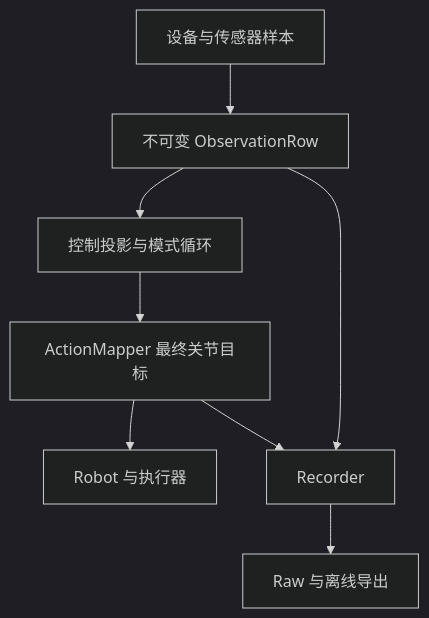
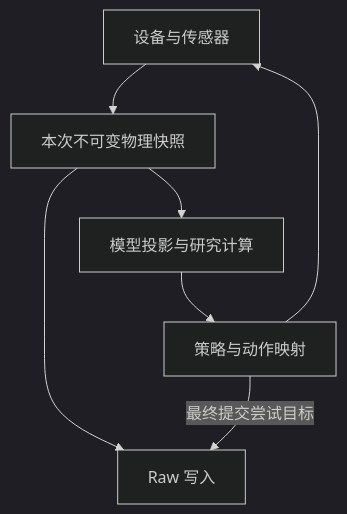
One commit to haoyangzhanglab/dexmani_real changed the diagram in CODEX_TASK.md. Above: the diagram before and after it, drawn with Mermaid (dark theme). The commit also changed other lines of this file, not shown here.

````diff
--- a/CODEX_TASK.md
+++ b/CODEX_TASK.md
@@ -44,10 +42,9 @@
-```mermaid
+~~~mermaid
 flowchart TD
-    S[设备与传感器样本] --> O[不可变 ObservationRow]
-    O --> C[控制投影与模式循环]
-    C --> M[ActionMapper 最终关节目标]
-    M --> E[Robot 与执行器]
-    O --> R[Recorder]
-    M --> R
-    R --> D[Raw 与离线导出]
-```
+    D["设备与传感器"] --> S["本次不可变物理快照"]
+    S --> O["模型投影与研究计算"]
+    S --> R["Raw 写入"]
+    O --> A["策略与动作映射"]
+    A --> D
+    A -->|"最终提交尝试目标"| R
+~~~
````
